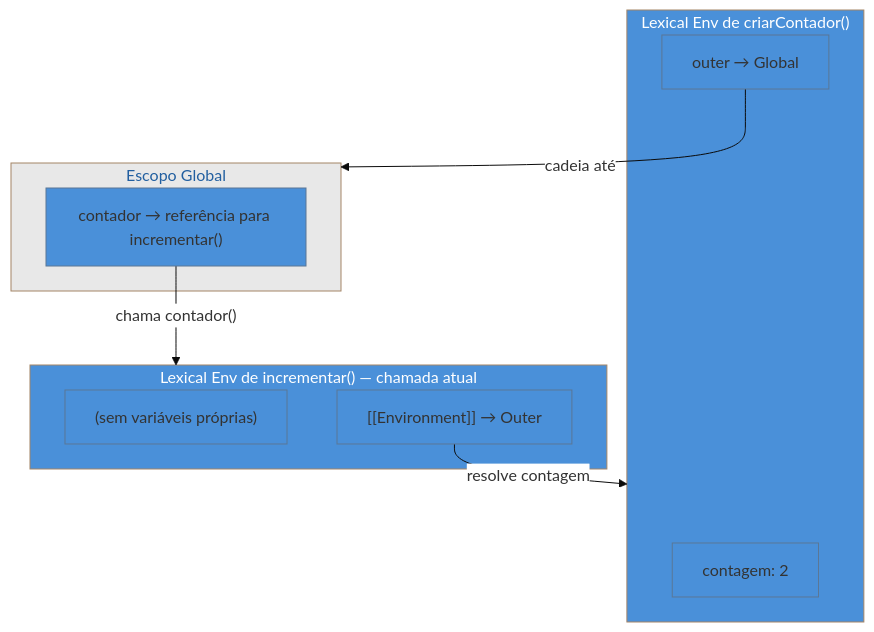
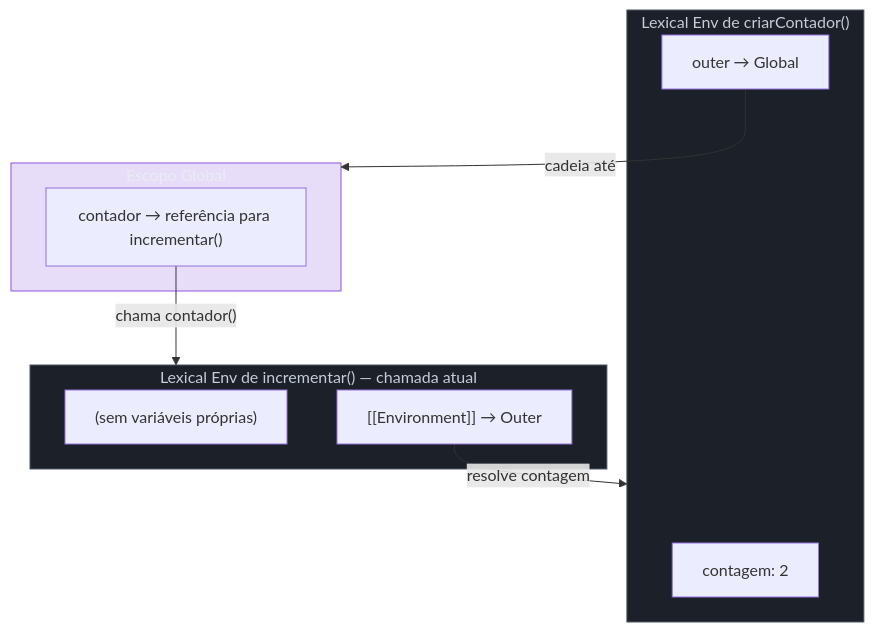
One commit to josenaldo/codex-technomanticus changed the first of 2 diagrams in 03-Dominios/Tecnologia/JavaScript/10 - Closures.md. Above: the diagram before and after it, drawn with Mermaid. The commit also changed other lines of this file and 1181 other files, not shown here.

First line of the commit message:
fix(diagramas): paleta do sistema no lugar de cor cravada no markdown

````diff
--- a/03-Dominios/Tecnologia/JavaScript/10 - Closures.md
+++ b/03-Dominios/Tecnologia/JavaScript/10 - Closures.md
@@ -69,25 +69,26 @@
 ```mermaid
-%%{init: {"theme": "base", "themeVariables": {"primaryColor": "#4A90D9", "edgeLabelBackground": "#ffffff"}}}%%
 graph TD
+    classDef neutro fill:#1B2029,stroke:#4E5666,color:#C6CCD8
+    classDef marca fill:#8855DF33,stroke:#8855DF,color:#E9ECF2
     subgraph Global["Escopo Global"]
         G["contador → referência para incrementar()"]
     end
 
     subgraph Outer["Lexical Env de criarContador()"]
         O["contagem: 2"]
         ORef["outer → Global"]
     end
 
     subgraph Inner["Lexical Env de incrementar() — chamada atual"]
         I["(sem variáveis próprias)"]
         IRef["[[Environment]] → Outer"]
     end
 
     G -->|"chama contador()"| Inner
     IRef -->|"resolve contagem"| Outer
     ORef -->|"cadeia até"| Global
 
-    style Outer fill:#4A90D9,color:#fff
-    style Inner fill:#4A90D9,color:#fff
-    style Global fill:#e8e8e8
+    class Outer neutro
+    class Inner neutro
+    class Global marca
 ```
````
